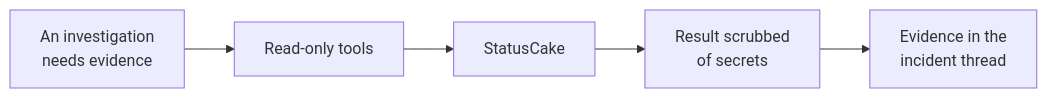
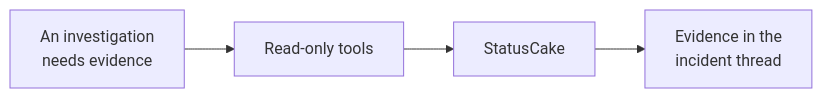
One commit to chrisleekr/sre-platform changed the diagram in docs/connectors/statuscake.md. Above: the diagram before and after it, drawn with Mermaid. The commit also changed other lines of this file and 73 other files, not shown here.

````diff
--- a/docs/connectors/statuscake.md
+++ b/docs/connectors/statuscake.md
@@ -18,7 +18,6 @@
 ```mermaid
 flowchart LR
     Inc["An investigation<br/>needs evidence"] --> Tools["Read-only tools"]
     Tools --> Cake["StatusCake"]
-    Cake --> Scrub["Result scrubbed<br/>of secrets"]
-    Scrub --> Thread["Evidence in the<br/>incident thread"]
+    Cake --> Thread["Evidence in the<br/>incident thread"]
 ```
````
